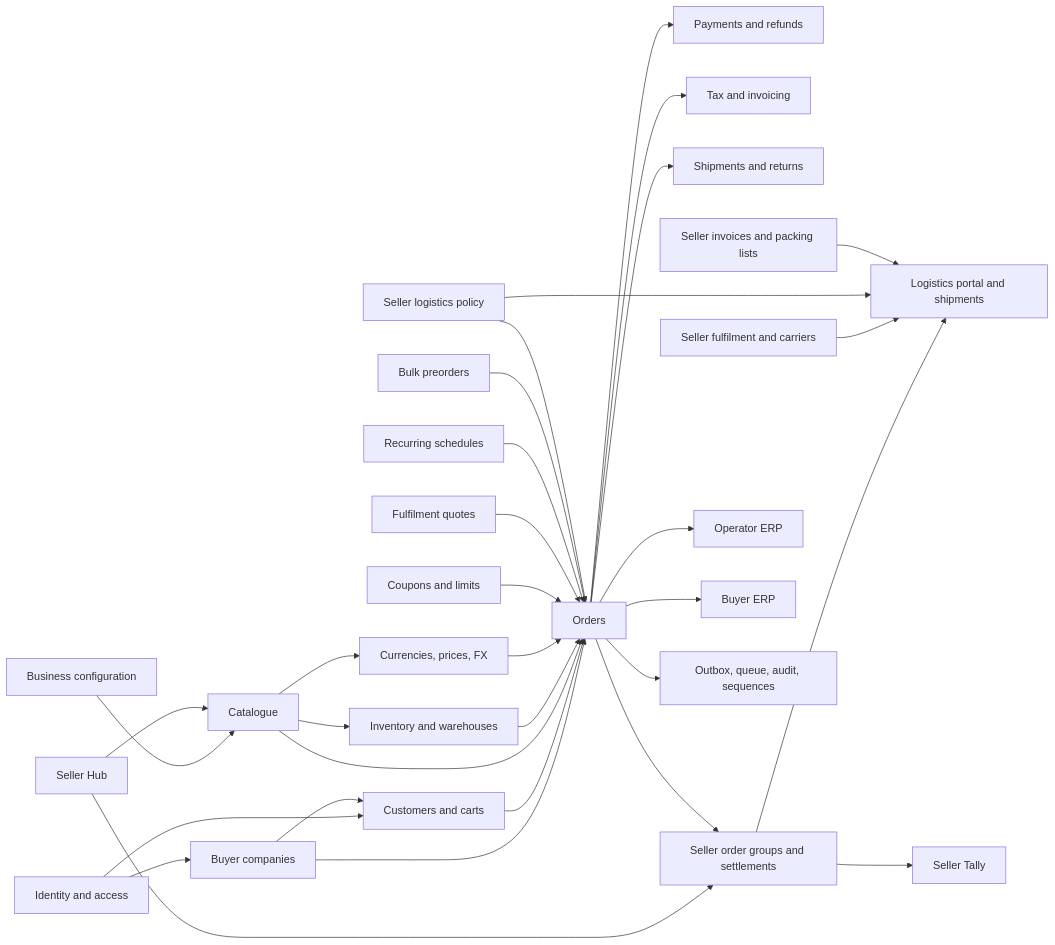
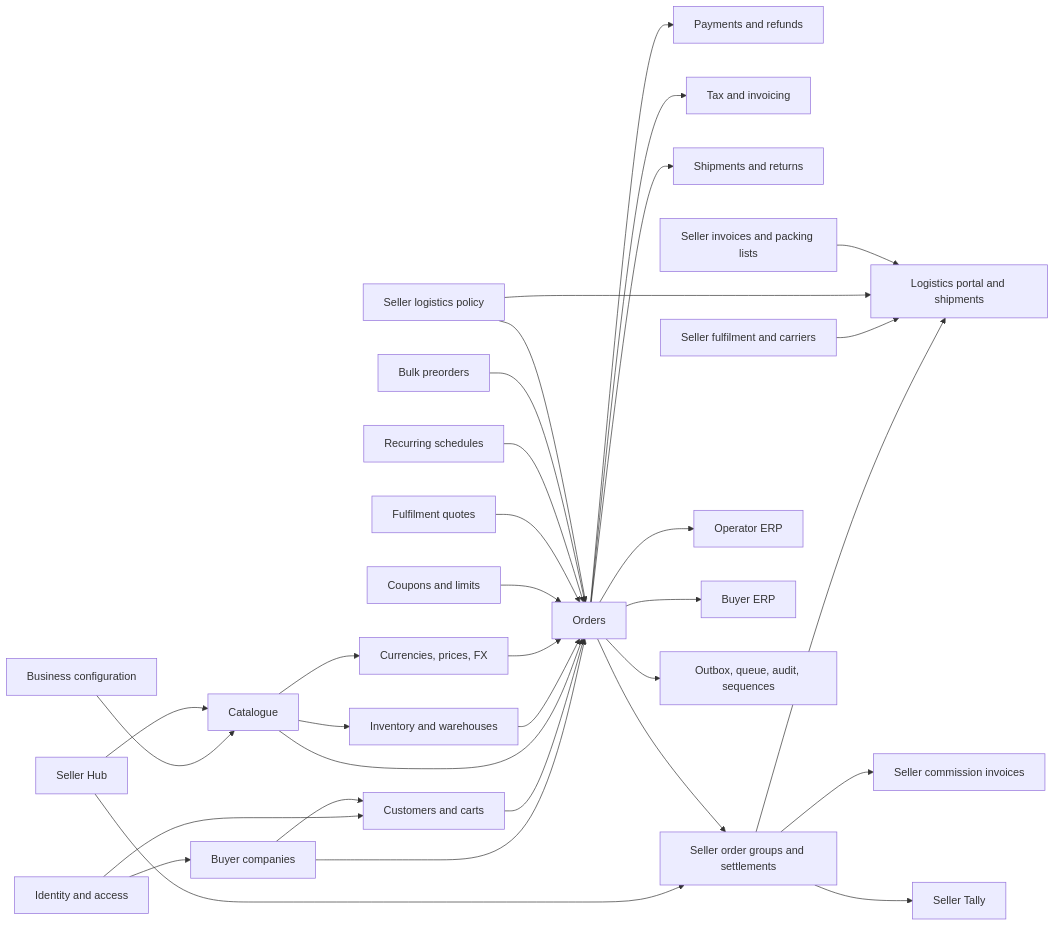
One commit to UBoss-AI/UBoss-Sourcing changed the first of 44 diagrams in docs/DATABASE-DESIGN.md. Above: the diagram before and after it, drawn with Mermaid. The commit also changed other lines of this file and 182 other files, not shown here.

````diff
--- a/docs/DATABASE-DESIGN.md
+++ b/docs/DATABASE-DESIGN.md
@@ -683,33 +689,34 @@
 ```mermaid
 flowchart LR
     ID["Identity and access"] --> CUST["Customers and carts"]
     ID --> BCO["Buyer companies"]
     BCO --> CUST
     BCO --> ORD
     CFG["Business configuration"] --> CAT["Catalogue"]
     CAT --> INV["Inventory and warehouses"]
     CAT --> PRICE["Currencies, prices, FX"]
     CUST --> ORD["Orders"]
     CAT --> ORD
     INV --> ORD
     PRICE --> ORD
     COUP["Coupons and limits"] --> ORD
     FQ["Fulfilment quotes"] --> ORD
     ORD --> PAY["Payments and refunds"]
     ORD --> TAX["Tax and invoicing"]
     ORD --> AFTER["Shipments and returns"]
     REC["Recurring schedules"] --> ORD
     PRE["Bulk preorders"] --> ORD
     SELL["Seller Hub"] --> CAT
     SELL --> SORD["Seller order groups and settlements"]
     ORD --> SORD
     SORD --> LOG["Logistics portal and shipments"]
     SFUL["Seller fulfilment and carriers"] --> LOG
     SPOL["Seller logistics policy"] --> ORD
     SPOL --> LOG
     SDOC["Seller invoices and packing lists"] --> LOG
+    SORD --> CINV["Seller commission invoices"]
     ORD --> ERP["Operator ERP"]
     ORD --> BERP["Buyer ERP"]
     SORD --> TALLY["Seller Tally"]
     ORD --> MACH["Outbox, queue, audit, sequences"]
 ```
````
